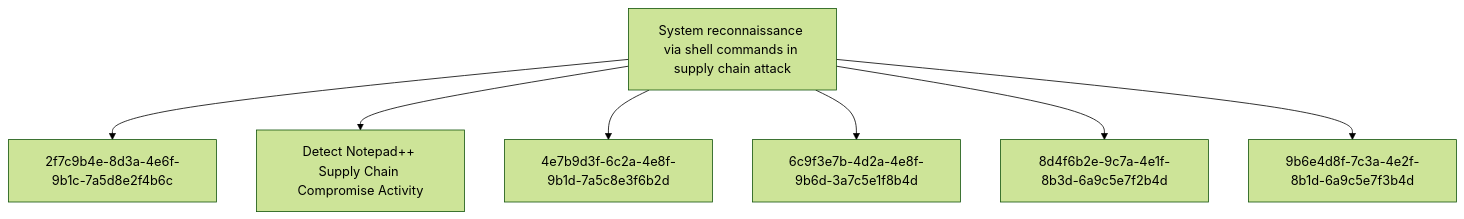
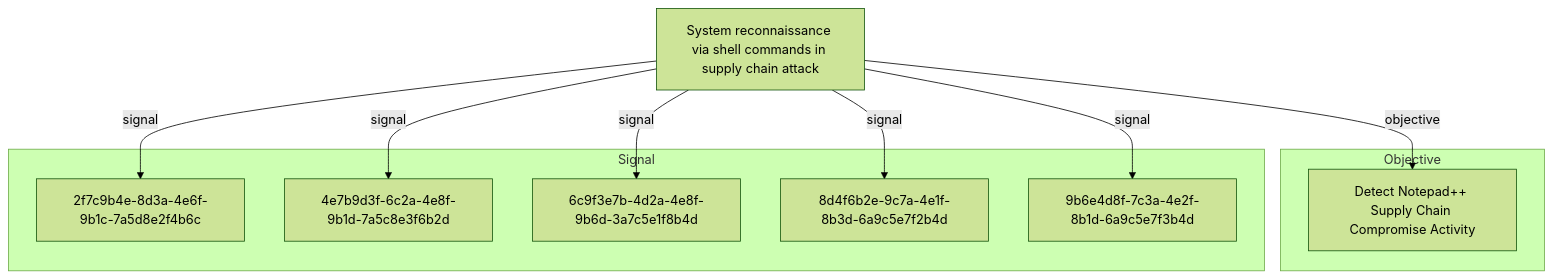
Before and after one commit to opentidehq/library: the second of 2 diagrams in docs/threats/system-reconnaissance-via-shell-commands-in-supply-chain-attack.md, drawn with Mermaid (forest theme). The commit also changed other lines of this file and 277 other files, not shown here.

````diff
--- a/docs/threats/system-reconnaissance-via-shell-commands-in-supply-chain-attack.md
+++ b/docs/threats/system-reconnaissance-via-shell-commands-in-supply-chain-attack.md
@@ -388,16 +429,20 @@
 ```mermaid
 flowchart TB
-bee6e973_b0d0_4735_a26a_003f39b8c08d["System reconnaissance via shell commands in supply chain attack"]
+subgraph "Objective"
+3e8b5d7f_9c2a_4f6e_8b1d_7a4c9e3f6b2d["Detect Notepad++ Supply Chain Compromise Activity"]
+end
+subgraph "Signal"
 2f7c9b4e_8d3a_4e6f_9b1c_7a5d8e2f4b6c["2f7c9b4e-8d3a-4e6f-9b1c-7a5d8e2f4b6c"]
-3e8b5d7f_9c2a_4f6e_8b1d_7a4c9e3f6b2d["Detect Notepad++ Supply Chain Compromise Activity"]
 4e7b9d3f_6c2a_4e8f_9b1d_7a5c8e3f6b2d["4e7b9d3f-6c2a-4e8f-9b1d-7a5c8e3f6b2d"]
 6c9f3e7b_4d2a_4e8f_9b6d_3a7c5e1f8b4d["6c9f3e7b-4d2a-4e8f-9b6d-3a7c5e1f8b4d"]
 8d4f6b2e_9c7a_4e1f_8b3d_6a9c5e7f2b4d["8d4f6b2e-9c7a-4e1f-8b3d-6a9c5e7f2b4d"]
 9b6e4d8f_7c3a_4e2f_8b1d_6a9c5e7f3b4d["9b6e4d8f-7c3a-4e2f-8b1d-6a9c5e7f3b4d"]
-bee6e973_b0d0_4735_a26a_003f39b8c08d --> 2f7c9b4e_8d3a_4e6f_9b1c_7a5d8e2f4b6c
-bee6e973_b0d0_4735_a26a_003f39b8c08d --> 3e8b5d7f_9c2a_4f6e_8b1d_7a4c9e3f6b2d
-bee6e973_b0d0_4735_a26a_003f39b8c08d --> 4e7b9d3f_6c2a_4e8f_9b1d_7a5c8e3f6b2d
-bee6e973_b0d0_4735_a26a_003f39b8c08d --> 6c9f3e7b_4d2a_4e8f_9b6d_3a7c5e1f8b4d
-bee6e973_b0d0_4735_a26a_003f39b8c08d --> 8d4f6b2e_9c7a_4e1f_8b3d_6a9c5e7f2b4d
-bee6e973_b0d0_4735_a26a_003f39b8c08d --> 9b6e4d8f_7c3a_4e2f_8b1d_6a9c5e7f3b4d
+end
+bee6e973_b0d0_4735_a26a_003f39b8c08d["System reconnaissance via shell commands in supply chain attack"]
+bee6e973_b0d0_4735_a26a_003f39b8c08d -->|objective| 3e8b5d7f_9c2a_4f6e_8b1d_7a4c9e3f6b2d
+bee6e973_b0d0_4735_a26a_003f39b8c08d -->|signal| 2f7c9b4e_8d3a_4e6f_9b1c_7a5d8e2f4b6c
+bee6e973_b0d0_4735_a26a_003f39b8c08d -->|signal| 4e7b9d3f_6c2a_4e8f_9b1d_7a5c8e3f6b2d
+bee6e973_b0d0_4735_a26a_003f39b8c08d -->|signal| 6c9f3e7b_4d2a_4e8f_9b6d_3a7c5e1f8b4d
+bee6e973_b0d0_4735_a26a_003f39b8c08d -->|signal| 8d4f6b2e_9c7a_4e1f_8b3d_6a9c5e7f2b4d
+bee6e973_b0d0_4735_a26a_003f39b8c08d -->|signal| 9b6e4d8f_7c3a_4e2f_8b1d_6a9c5e7f3b4d
 ```
````
